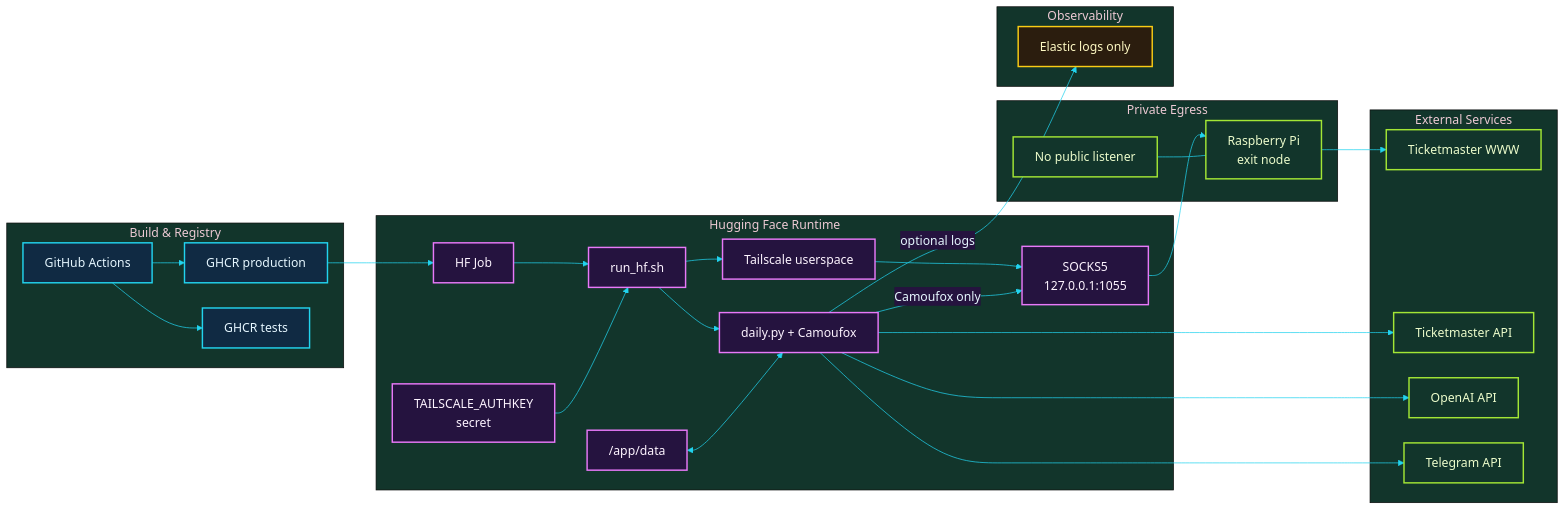
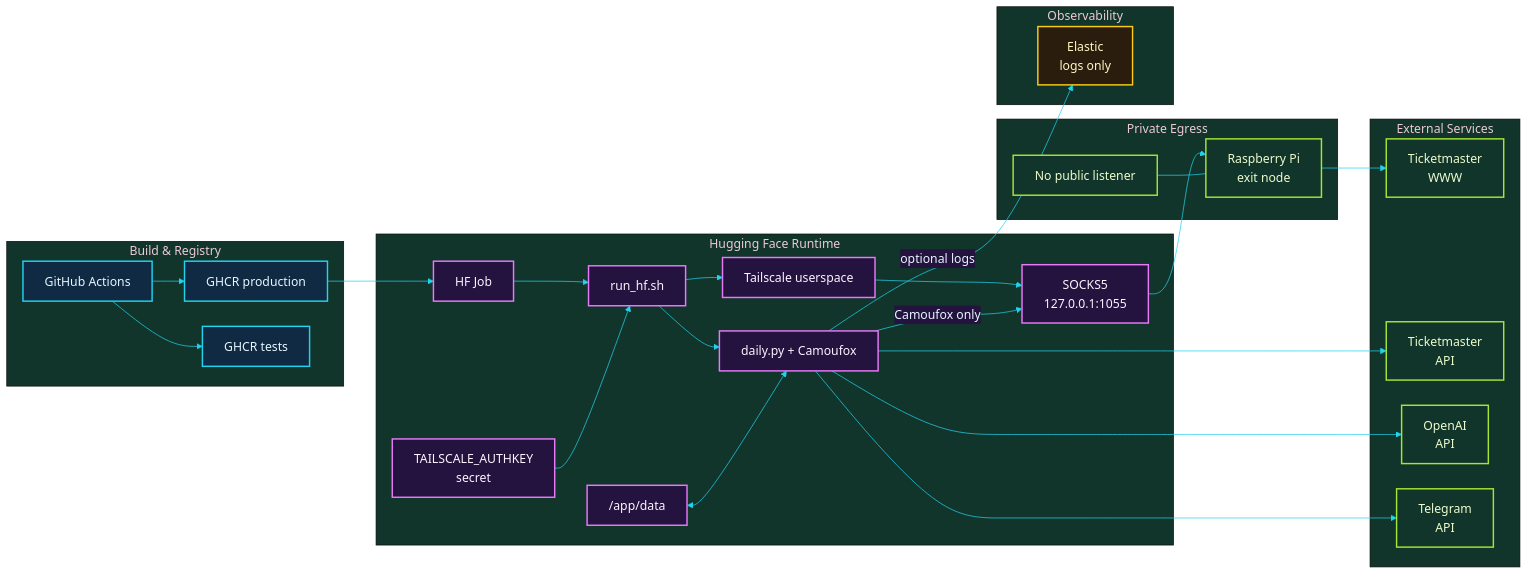
Before and after one commit to michalmarczuk/event-agent: the third of 3 diagrams in docs/architecture.md, drawn with Mermaid. The commit also changed other lines of this file and 3 other files, not shown here.

Commit message:
Improve Mermaid readability and simplify README flow

````diff
--- a/docs/architecture.md
+++ b/docs/architecture.md
@@ -403,50 +403,50 @@
 ```mermaid
 %%{init: {'theme': 'base', 'themeVariables': {'background': '#07111f', 'primaryColor': '#102a43', 'primaryTextColor': '#e6f7ff', 'primaryBorderColor': '#22d3ee', 'secondaryColor': '#25133f', 'tertiaryColor': '#12352b', 'lineColor': '#22d3ee', 'fontFamily': 'ui-sans-serif, system-ui', 'fontSize': '17px'}, 'flowchart': {'nodeSpacing': 35, 'rankSpacing': 45}}}%%
 flowchart LR
     subgraph build["Build & Registry"]
         gha["GitHub Actions"] --> ghcr["GHCR production"]
         gha --> ghcr_tests["GHCR tests"]
     end
 
     subgraph hf["Hugging Face Runtime"]
         job["HF Job"] --> wrapper["run_hf.sh"]
         authkey["TAILSCALE_AUTHKEY\nsecret"] --> wrapper
         wrapper --> app["daily.py + Camoufox"]
         wrapper --> tailscale["Tailscale userspace"]
         tailscale --> socks["SOCKS5\n127.0.0.1:1055"]
         storage["/app/data"] <--> app
     end
 
     subgraph egress["Private Egress"]
         socks --> exit_node["Raspberry Pi\nexit node"]
         private["No public listener"] --- exit_node
     end
 
     subgraph external["External Services"]
-        tm_web["Ticketmaster WWW"]
-        tm_api["Ticketmaster API"]
-        openai["OpenAI API"]
-        telegram["Telegram API"]
+        tm_web["Ticketmaster<br/>WWW"]
+        tm_api["Ticketmaster<br/>API"]
+        openai["OpenAI<br/>API"]
+        telegram["Telegram<br/>API"]
     end
 
     subgraph observability["Observability"]
-        elastic["Elastic logs only"]
+        elastic["Elastic<br/>logs only"]
     end
 
     ghcr --> job
     app -->|"Camoufox only"| socks
     exit_node --> tm_web
     app --> tm_api
     app --> openai
     app --> telegram
     app -->|"optional logs"| elastic
 
     classDef build fill:#102a43,stroke:#22d3ee,color:#e6f7ff,stroke-width:2px;
     classDef runtime fill:#25133f,stroke:#e879f9,color:#fdf4ff,stroke-width:2px;
     classDef success fill:#12352b,stroke:#a3e635,color:#ecfccb,stroke-width:2px;
     classDef observability fill:#2b1d0e,stroke:#facc15,color:#fef9c3,stroke-width:2px;
     class gha,ghcr,ghcr_tests build;
     class job,wrapper,authkey,app,tailscale,socks,storage runtime;
     class exit_node,private,tm_web,tm_api,openai,telegram success;
     class elastic observability;
 ```
````
